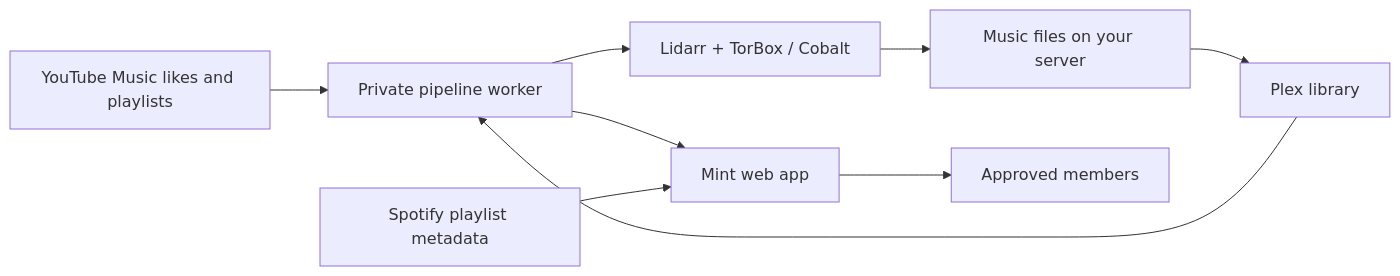
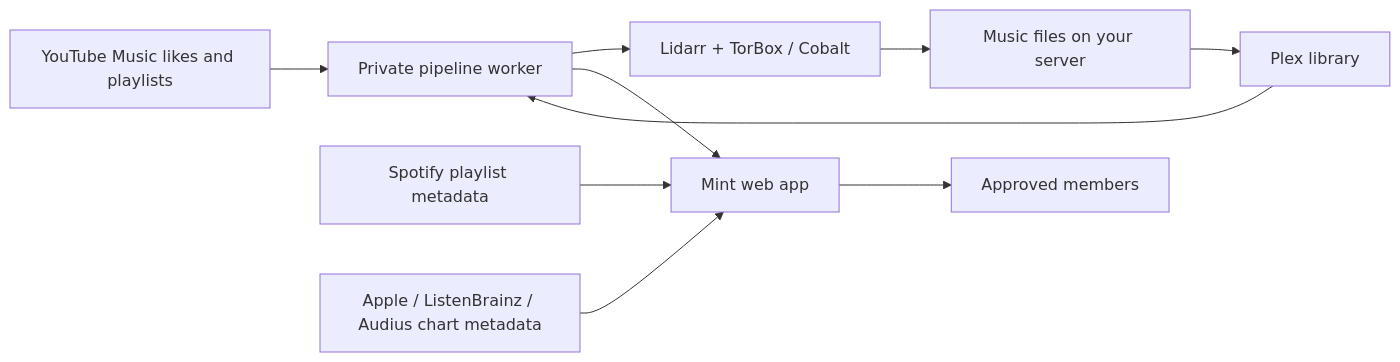
Before and after one commit to ChickenBone/mint: the diagram in README.md, drawn with Mermaid. The commit also changed other lines of this file and 71 other files, not shown here.

First line of the commit message:
feat: redesign Mint with playlist-first discovery and keyless charts

````diff
--- a/README.md
+++ b/README.md
@@ -132,11 +139,12 @@
 ```mermaid
 flowchart LR
   yt[YouTube Music likes and playlists] --> worker[Private pipeline worker]
   worker --> sources[Lidarr + TorBox / Cobalt]
   sources --> files[Music files on your server]
   files --> plex[Plex library]
   plex --> worker
   worker --> mint[Mint web app]
   spotify[Spotify playlist metadata] --> mint
+  charts[Apple / ListenBrainz / Audius chart metadata] --> mint
   mint --> listener[Approved members]
 ```
````
